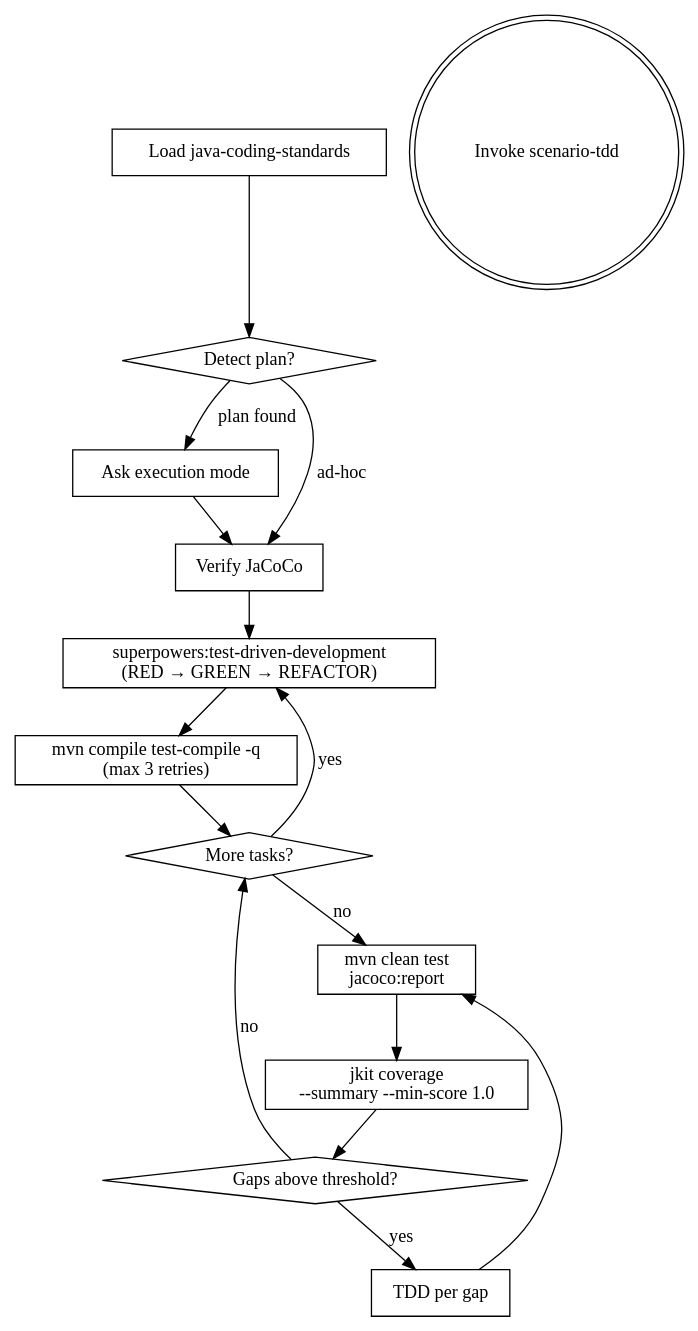
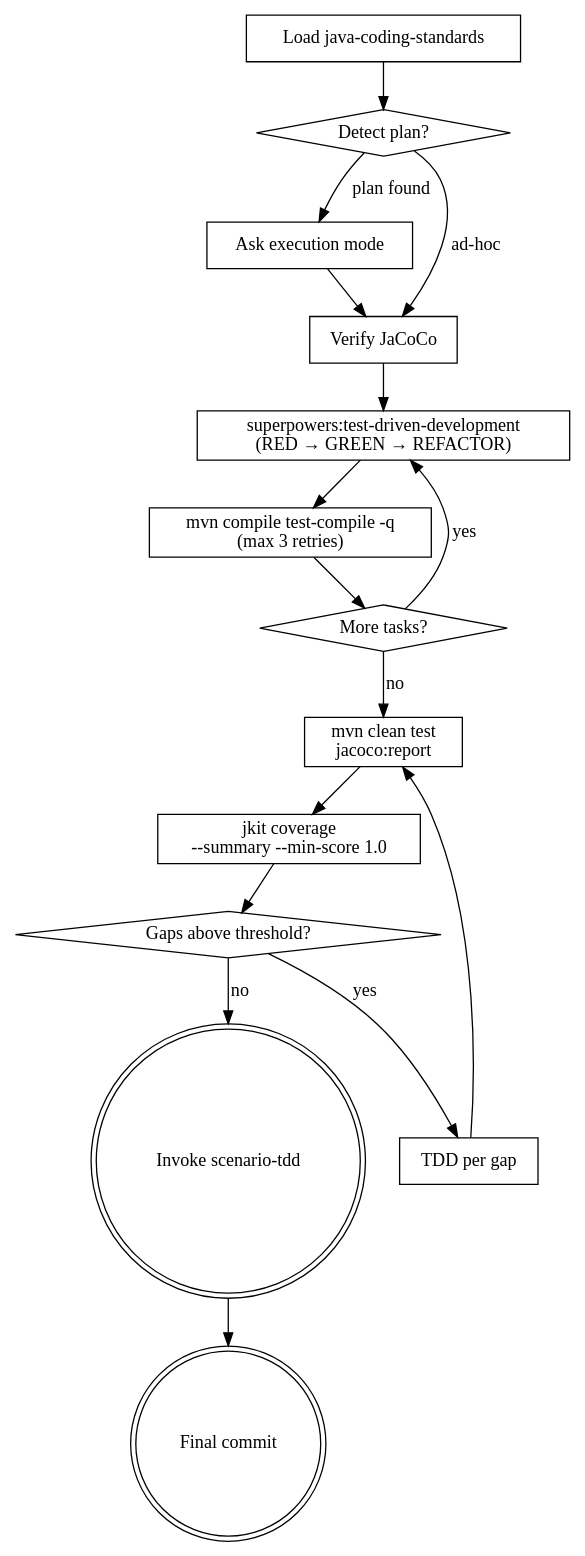
One commit to honghaowuu/jkit changed the diagram in skills/java-tdd/SKILL.md. Above: the diagram before and after it, drawn with Graphviz. The commit also changed other lines of this file and 7 other files, not shown here.

````diff
--- a/skills/java-tdd/SKILL.md
+++ b/skills/java-tdd/SKILL.md
@@ -60,31 +60,33 @@
 ```dot
 digraph java_tdd {
     "Load java-coding-standards" [shape=box];
     "Detect plan?" [shape=diamond];
     "Ask execution mode" [shape=box];
     "Verify JaCoCo" [shape=box];
     "superpowers:test-driven-development\n(RED → GREEN → REFACTOR)" [shape=box];
     "mvn compile test-compile -q\n(max 3 retries)" [shape=box];
     "mvn clean test\njacoco:report" [shape=box];
     "jkit coverage\n--summary --min-score 1.0" [shape=box];
     "Gaps above threshold?" [shape=diamond];
     "TDD per gap" [shape=box];
     "More tasks?" [shape=diamond];
     "Invoke scenario-tdd" [shape=doublecircle];
+    "Final commit" [shape=doublecircle];
 
     "Load java-coding-standards" -> "Detect plan?";
     "Detect plan?" -> "Ask execution mode" [label="plan found"];
     "Detect plan?" -> "Verify JaCoCo" [label="ad-hoc"];
     "Ask execution mode" -> "Verify JaCoCo";
     "Verify JaCoCo" -> "superpowers:test-driven-development\n(RED → GREEN → REFACTOR)";
     "superpowers:test-driven-development\n(RED → GREEN → REFACTOR)" -> "mvn compile test-compile -q\n(max 3 retries)";
     "mvn compile test-compile -q\n(max 3 retries)" -> "More tasks?";
+    "More tasks?" -> "superpowers:test-driven-development\n(RED → GREEN → REFACTOR)" [label="yes"];
+    "More tasks?" -> "mvn clean test\njacoco:report" [label="no"];
     "mvn clean test\njacoco:report" -> "jkit coverage\n--summary --min-score 1.0";
     "jkit coverage\n--summary --min-score 1.0" -> "Gaps above threshold?";
     "Gaps above threshold?" -> "TDD per gap" [label="yes"];
     "TDD per gap" -> "mvn clean test\njacoco:report";
-    "Gaps above threshold?" -> "More tasks?" [label="no"];
-    "More tasks?" -> "superpowers:test-driven-development\n(RED → GREEN → REFACTOR)" [label="yes"];
-    "More tasks?" -> "mvn clean test\njacoco:report" [label="no"];
+    "Gaps above threshold?" -> "Invoke scenario-tdd" [label="no"];
+    "Invoke scenario-tdd" -> "Final commit";
 }
 ```
````
